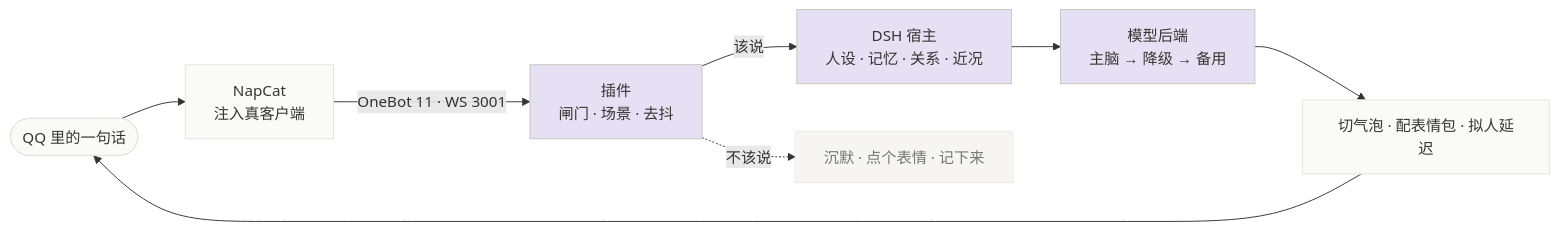
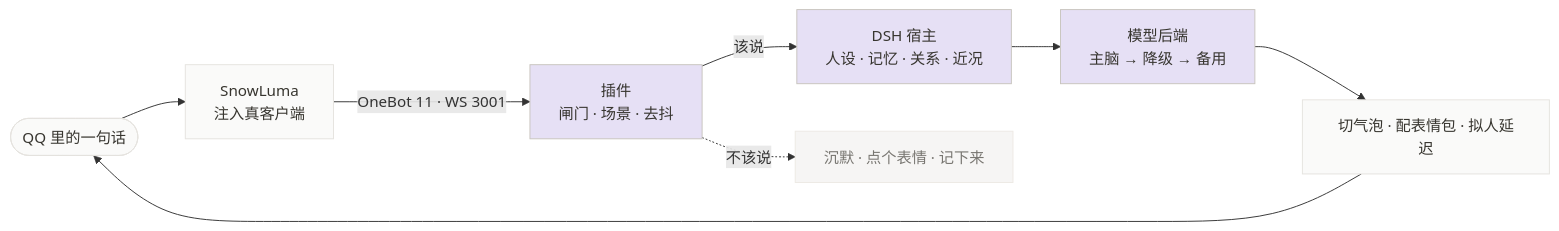
The diagram in README.md (3150481853/molly-qq-whale), drawn with Mermaid before and after one commit. The commit also changed other lines of this file and 4 other files, not shown here.

First line of the commit message:
release: v1.0.0 — SnowLuma 后端、语音、QQ 空间、新 hero

````diff
--- a/README.md
+++ b/README.md
@@ -56,16 +60,16 @@
 ```mermaid
 flowchart LR
-  A([QQ 里的一句话]) --> B[NapCat<br/>注入真客户端]
+  A([QQ 里的一句话]) --> B[SnowLuma<br/>注入真客户端]
   B -->|OneBot 11 · WS 3001| C[插件<br/>闸门 · 场景 · 去抖]
   C -->|该说| D[DSH 宿主<br/>人设 · 记忆 · 关系 · 近况]
   D --> E[模型后端<br/>主脑 → 降级 → 备用]
   E --> F[切气泡 · 配表情包 · 拟人延迟]
   F --> A
   C -.->|不该说| G[沉默 · 点个表情 · 记下来]
   classDef paper fill:#fafaf9,stroke:#e5e3df,color:#37352f;
   classDef accent fill:#e6e0f5,stroke:#c8c4be,color:#37352f;
   classDef quiet fill:#f6f5f4,stroke:#ede9e4,color:#787671;
   class A,B,F paper;
   class C,D,E accent;
   class G quiet;
 ```
````
